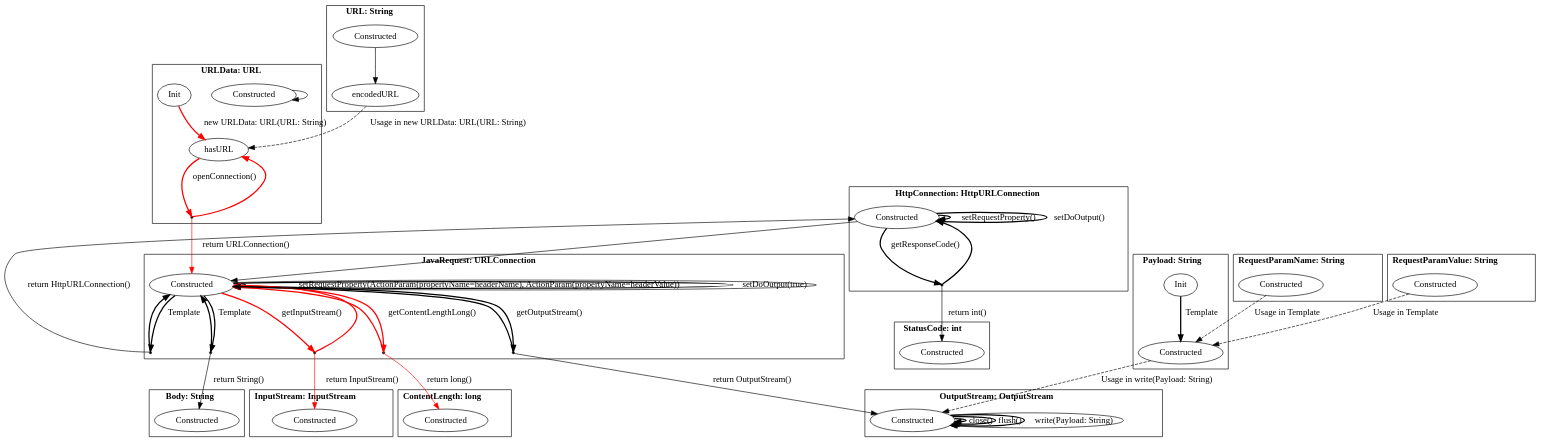
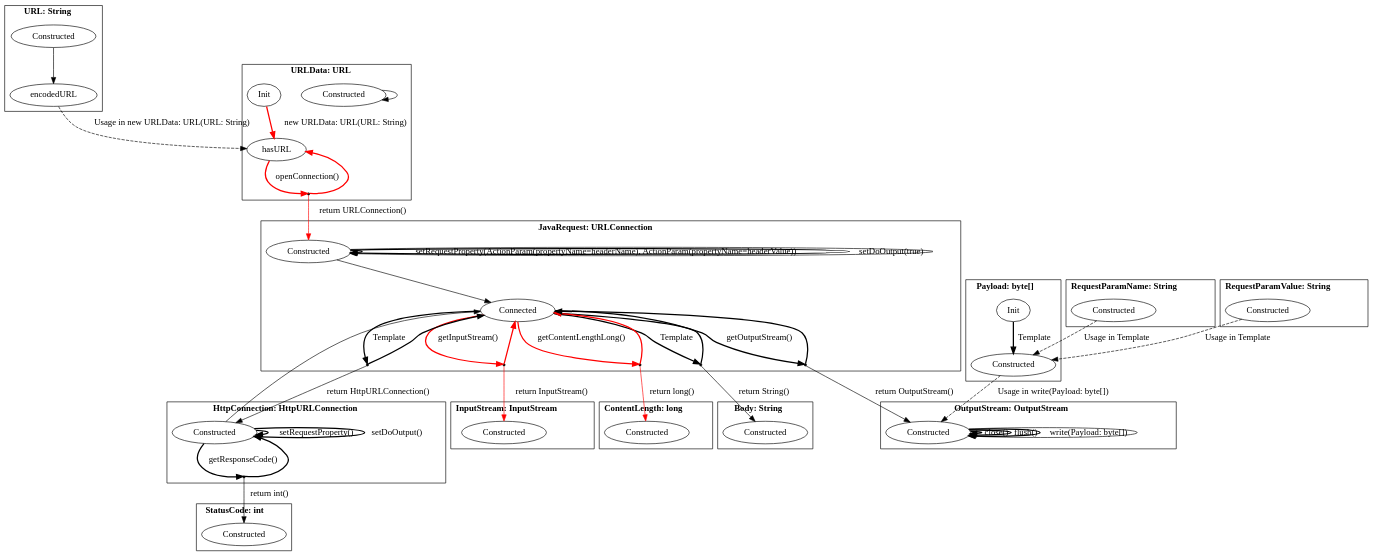
The diagram in pictures/extracted_javaIf.dot (h31/LibraryMigration), drawn with Graphviz before and after one commit. The commit also changed 13 other files, not shown here.

```diff
--- a/pictures/extracted_javaIf.dot
+++ b/pictures/extracted_javaIf.dot
@@ -1,101 +1,103 @@
 digraph G {
     bgcolor="transparent";
     subgraph cluster0 {
     label = <<B>URL: String</B>>;
         Constructed_URL [ label="Constructed" ];
         encodedURL_URL [ label="encodedURL" ];
     }
     subgraph cluster1 {
     label = <<B>URLData: URL</B>>;
         Constructed_URLData [ label="Constructed" ];
         hasURL_URLData [ label="hasURL" ];
         Init_URLData [ label="Init" ];
         virtual0 [ shape = point ];
     }
     subgraph cluster2 {
     label = <<B>JavaRequest: URLConnection</B>>;
         Constructed_JavaRequest [ label="Constructed" ];
+        Connected_JavaRequest [ label="Connected" ];
         virtual1 [ shape = point ];
         virtual2 [ shape = point ];
         virtual3 [ shape = point ];
         virtual4 [ shape = point ];
         virtual5 [ shape = point ];
     }
     subgraph cluster3 {
     label = <<B>Body: String</B>>;
         Constructed_Body [ label="Constructed" ];
     }
     subgraph cluster4 {
     label = <<B>InputStream: InputStream</B>>;
         Constructed_InputStream [ label="Constructed" ];
     }
     subgraph cluster5 {
     label = <<B>ContentLength: long</B>>;
         Constructed_ContentLength [ label="Constructed" ];
     }
     subgraph cluster6 {
     label = <<B>StatusCode: int</B>>;
         Constructed_StatusCode [ label="Constructed" ];
     }
     subgraph cluster7 {
     label = <<B>HttpConnection: HttpURLConnection</B>>;
         Constructed_HttpConnection [ label="Constructed" ];
         virtual6 [ shape = point ];
     }
     subgraph cluster8 {
     label = <<B>OutputStream: OutputStream</B>>;
         Constructed_OutputStream [ label="Constructed" ];
     }
     subgraph cluster9 {
-    label = <<B>Payload: String</B>>;
+    label = <<B>Payload: byte[]</B>>;
         Constructed_Payload [ label="Constructed" ];
         Init_Payload [ label="Init" ];
     }
     subgraph cluster10 {
     label = <<B>RequestParamName: String</B>>;
         Constructed_RequestParamName [ label="Constructed" ];
     }
     subgraph cluster11 {
     label = <<B>RequestParamValue: String</B>>;
         Constructed_RequestParamValue [ label="Constructed" ];
     }
         Constructed_URL -> encodedURL_URL [ label="", style = "solid"  ];
         encodedURL_URL -> hasURL_URLData [ label="Usage in new URLData: URL(URL: String)", style = "dashed"  ];
         Init_URLData -> hasURL_URLData [ label="new URLData: URL(URL: String)", style = "bold" , color = red ];
         hasURL_URLData -> virtual0 [ style = "bold" label="openConnection()" , color = red ];
         virtual0 -> hasURL_URLData [ style = "bold" , color = red ];
         virtual0 -> Constructed_JavaRequest [ label="return URLConnection()" , color = red ];
         Constructed_URLData -> Constructed_URLData [ label="", style = "solid"  ];
-        Constructed_JavaRequest -> virtual1 [ style = "bold" label="Template"  ];
-        virtual1 -> Constructed_JavaRequest [ style = "bold"  ];
+        Constructed_JavaRequest -> Connected_JavaRequest [ label="", style = "solid"  ];
+        Connected_JavaRequest -> virtual1 [ style = "bold" label="Template"  ];
+        virtual1 -> Connected_JavaRequest [ style = "bold"  ];
         virtual1 -> Constructed_Body [ label="return String()"  ];
-        Constructed_JavaRequest -> virtual2 [ style = "bold" label="getInputStream()" , color = red ];
-        virtual2 -> Constructed_JavaRequest [ style = "bold" , color = red ];
+        Connected_JavaRequest -> virtual2 [ style = "bold" label="getInputStream()" , color = red ];
+        virtual2 -> Connected_JavaRequest [ style = "bold" , color = red ];
         virtual2 -> Constructed_InputStream [ label="return InputStream()" , color = red ];
         Constructed_JavaRequest -> Constructed_JavaRequest [ label="setRequestProperty(ActionParam(propertyName&#x3D;headerName), ActionParam(propertyName&#x3D;headerValue))", style = "bold"  ];
         Constructed_JavaRequest -> Constructed_JavaRequest [ label="setDoOutput(true)", style = "bold"  ];
-        Constructed_JavaRequest -> virtual3 [ style = "bold" label="getContentLengthLong()" , color = red ];
-        virtual3 -> Constructed_JavaRequest [ style = "bold" , color = red ];
+        Connected_JavaRequest -> virtual3 [ style = "bold" label="getContentLengthLong()" , color = red ];
+        virtual3 -> Connected_JavaRequest [ style = "bold" , color = red ];
         virtual3 -> Constructed_ContentLength [ label="return long()" , color = red ];
-        Constructed_JavaRequest -> virtual4 [ style = "bold" label="getOutputStream()"  ];
-        virtual4 -> Constructed_JavaRequest [ style = "bold"  ];
+        Connected_JavaRequest -> virtual4 [ style = "bold" label="getOutputStream()"  ];
+        virtual4 -> Connected_JavaRequest [ style = "bold"  ];
         virtual4 -> Constructed_OutputStream [ label="return OutputStream()"  ];
-        Constructed_JavaRequest -> virtual5 [ style = "bold" label="Template"  ];
-        virtual5 -> Constructed_JavaRequest [ style = "bold"  ];
+        Connected_JavaRequest -> virtual5 [ style = "bold" label="Template"  ];
+        virtual5 -> Connected_JavaRequest [ style = "bold"  ];
         virtual5 -> Constructed_HttpConnection [ label="return HttpURLConnection()"  ];
         Constructed_JavaRequest -> Constructed_JavaRequest [ label="", style = "solid"  ];
-        Constructed_HttpConnection -> Constructed_JavaRequest [ label="", style = "solid"  ];
+        Constructed_HttpConnection -> Connected_JavaRequest [ label="", style = "solid"  ];
         Constructed_HttpConnection -> virtual6 [ style = "bold" label="getResponseCode()"  ];
         virtual6 -> Constructed_HttpConnection [ style = "bold"  ];
         virtual6 -> Constructed_StatusCode [ label="return int()"  ];
         Constructed_HttpConnection -> Constructed_HttpConnection [ label="setRequestProperty()", style = "bold"  ];
         Constructed_HttpConnection -> Constructed_HttpConnection [ label="setDoOutput()", style = "bold"  ];
         Constructed_OutputStream -> Constructed_OutputStream [ label="close()", style = "bold"  ];
         Constructed_OutputStream -> Constructed_OutputStream [ label="flush()", style = "bold"  ];
-        Constructed_OutputStream -> Constructed_OutputStream [ label="write(Payload: String)", style = "bold"  ];
+        Constructed_OutputStream -> Constructed_OutputStream [ label="write(Payload: byte[])", style = "bold"  ];
         Constructed_OutputStream -> Constructed_OutputStream [ label="", style = "solid"  ];
         Init_Payload -> Constructed_Payload [ label="Template", style = "bold"  ];
-        Constructed_Payload -> Constructed_OutputStream [ label="Usage in write(Payload: String)", style = "dashed"  ];
+        Constructed_Payload -> Constructed_OutputStream [ label="Usage in write(Payload: byte[])", style = "dashed"  ];
         Constructed_RequestParamName -> Constructed_Payload [ label="Usage in Template", style = "dashed"  ];
         Constructed_RequestParamValue -> Constructed_Payload [ label="Usage in Template", style = "dashed"  ];
 }
```
